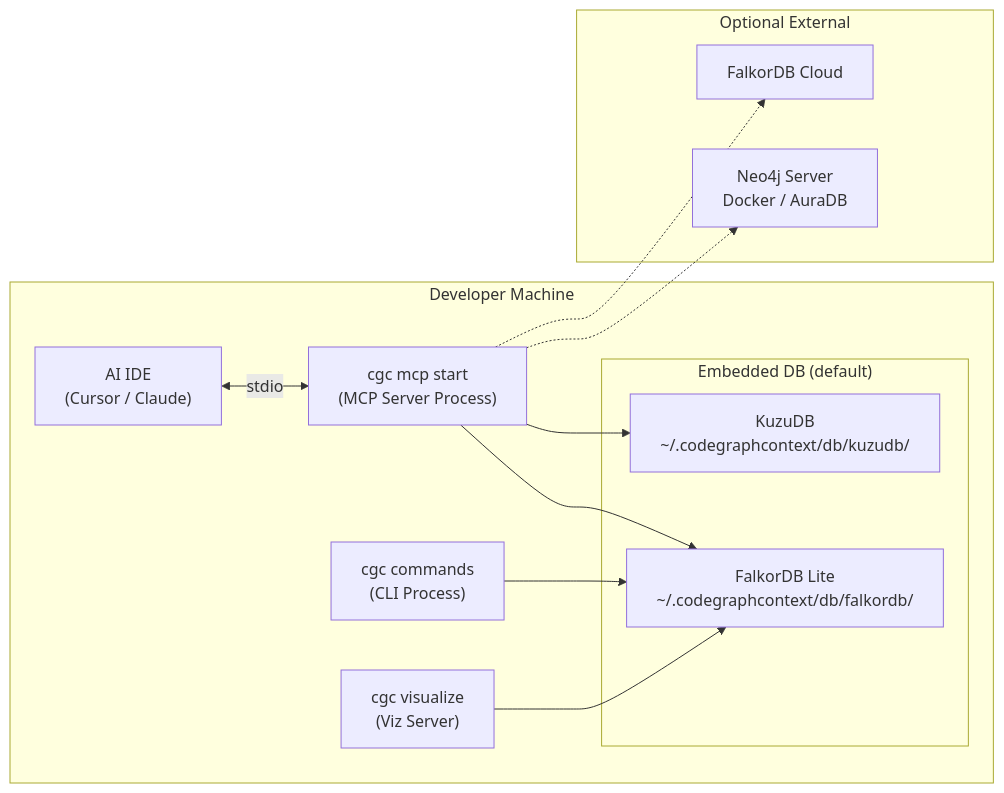
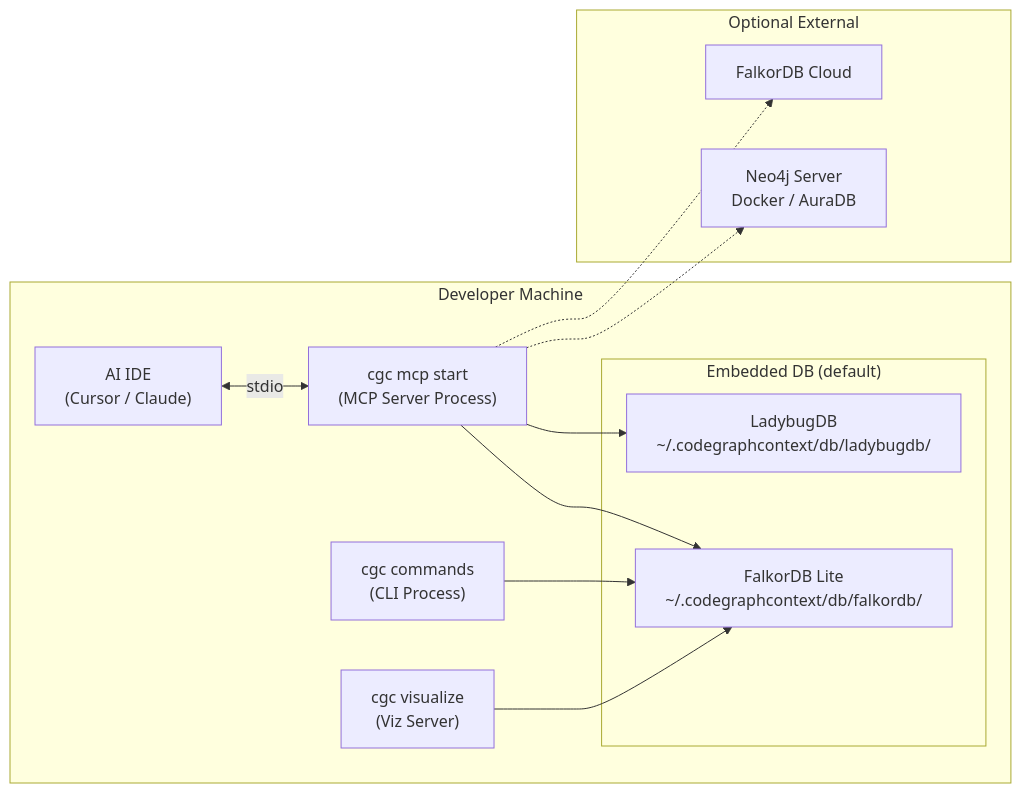
One commit to CodeGraphContext/CodeGraphContext changed the third of 12 diagrams in docs/ARCHITECTURE.md. Above: the diagram before and after it, drawn with Mermaid. The commit also changed other lines of this file and 15 other files, not shown here.

````diff
--- a/docs/ARCHITECTURE.md
+++ b/docs/ARCHITECTURE.md
@@ -238,27 +245,27 @@
 ```mermaid
 graph LR
     subgraph Developer Machine
         IDE_App["AI IDE<br/>(Cursor / Claude)"]
         CGC_MCP["cgc mcp start<br/>(MCP Server Process)"]
         CGC_CLI["cgc commands<br/>(CLI Process)"]
         CGC_VIZ["cgc visualize<br/>(Viz Server)"]
         
         subgraph "Embedded DB (default)"
             FalkorLite["FalkorDB Lite<br/>~/.codegraphcontext/db/falkordb/"]
-            KuzuLocal["KuzuDB<br/>~/.codegraphcontext/db/kuzudb/"]
+            LadybugLocal["LadybugDB<br/>~/.codegraphcontext/db/ladybugdb/"]
         end
     end
     
     subgraph "Optional External"
         Neo4jServer["Neo4j Server<br/>Docker / AuraDB"]
         FalkorRemote["FalkorDB Cloud"]
     end
     
     IDE_App <-->|stdio| CGC_MCP
     CGC_MCP --> FalkorLite
-    CGC_MCP --> KuzuLocal
+    CGC_MCP --> LadybugLocal
     CGC_MCP -.-> Neo4jServer
     CGC_MCP -.-> FalkorRemote
     CGC_CLI --> FalkorLite
     CGC_VIZ --> FalkorLite
 ```
````
